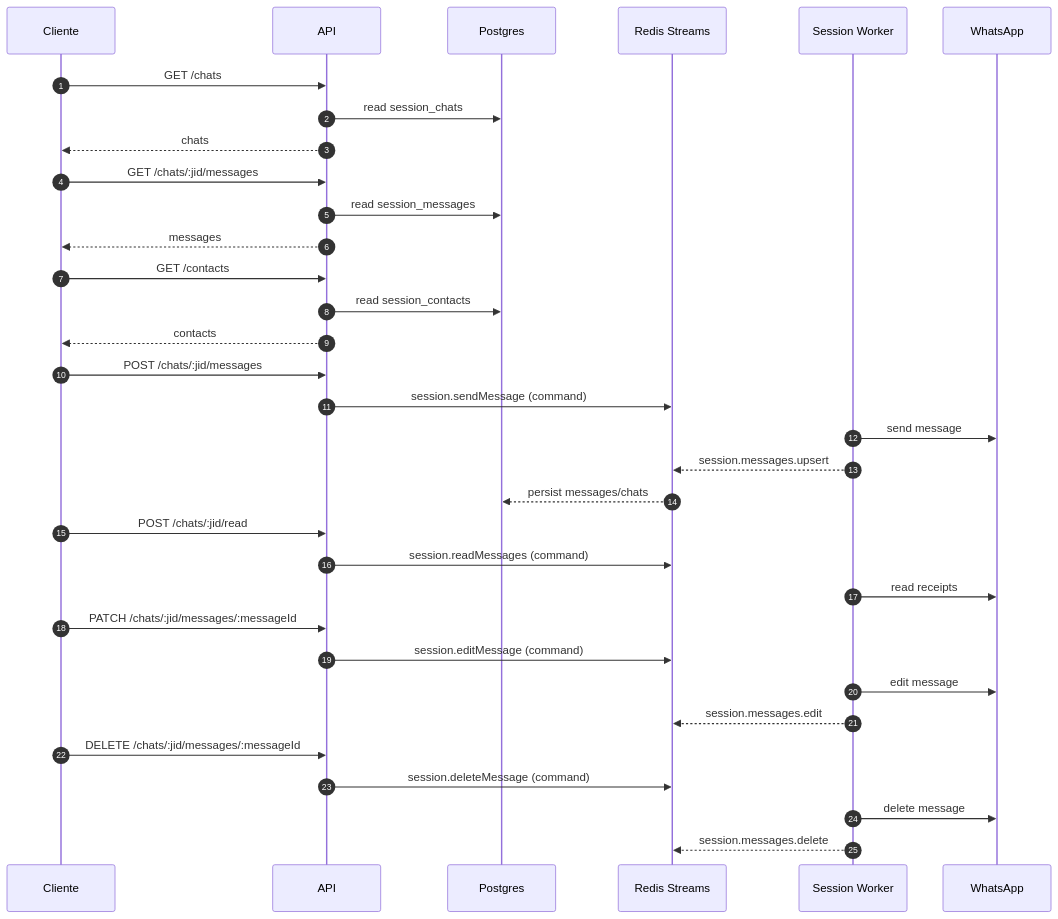
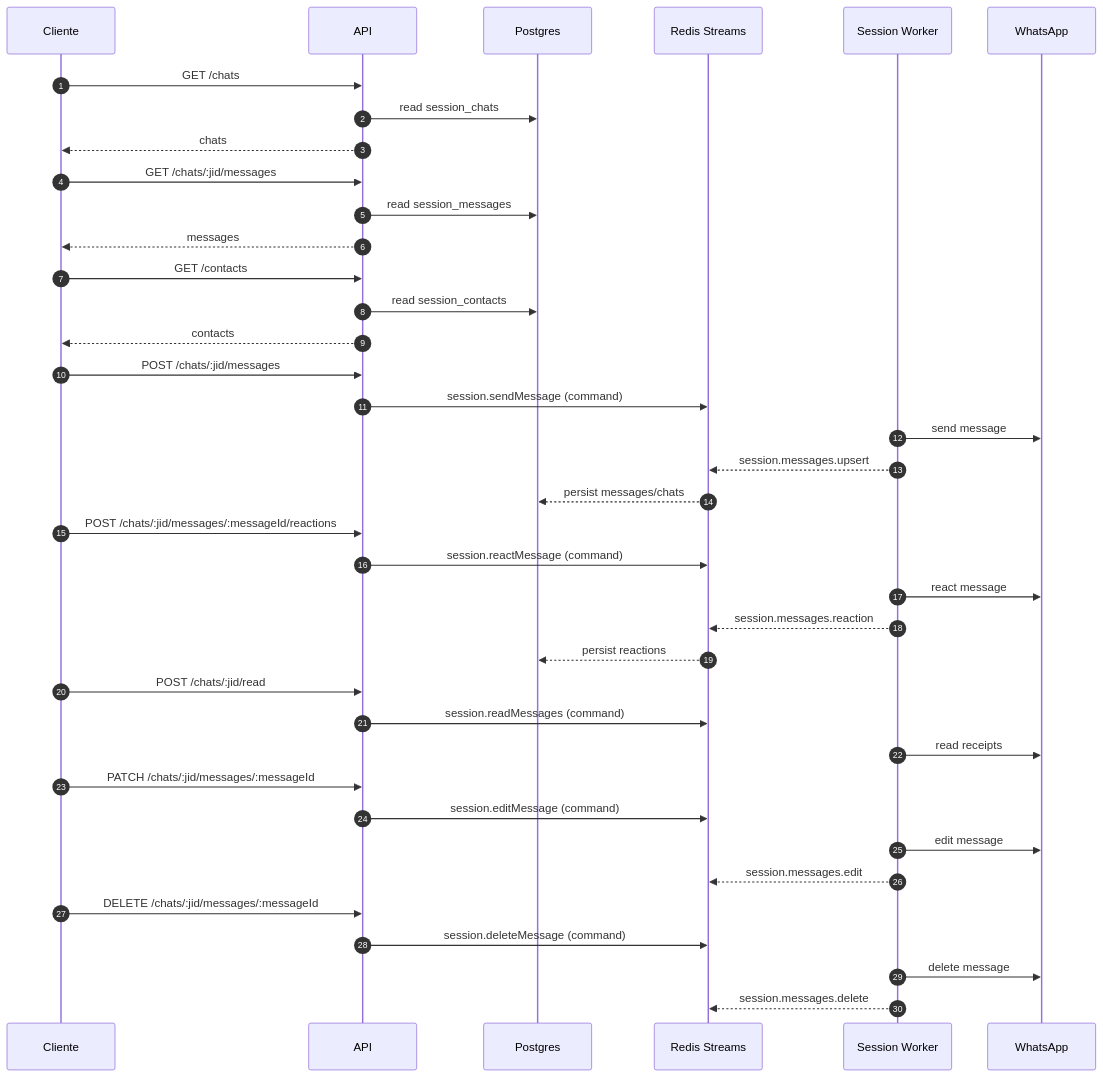
The fifth of 5 diagrams in docs/flow.md (werpoz/anna), drawn with Mermaid before and after one commit. The commit also changed other lines of this file and 31 other files, not shown here.

First line of the commit message:
feat: add message reactions functionality

````diff
--- a/docs/flow.md
+++ b/docs/flow.md
@@ -458,42 +527,48 @@
 ```mermaid
 sequenceDiagram
   autonumber
   participant Client as Cliente
   participant API as API
   participant DB as Postgres
   participant Redis as Redis Streams
   participant Worker as Session Worker
   participant WA as WhatsApp
 
   Client->>API: GET /chats
   API->>DB: read session_chats
   API-->>Client: chats
 
   Client->>API: GET /chats/:jid/messages
   API->>DB: read session_messages
   API-->>Client: messages
 
   Client->>API: GET /contacts
   API->>DB: read session_contacts
   API-->>Client: contacts
 
   Client->>API: POST /chats/:jid/messages
   API->>Redis: session.sendMessage (command)
   Worker->>WA: send message
   Worker-->>Redis: session.messages.upsert
   Redis-->>DB: persist messages/chats
 
+  Client->>API: POST /chats/:jid/messages/:messageId/reactions
+  API->>Redis: session.reactMessage (command)
+  Worker->>WA: react message
+  Worker-->>Redis: session.messages.reaction
+  Redis-->>DB: persist reactions
+
   Client->>API: POST /chats/:jid/read
   API->>Redis: session.readMessages (command)
   Worker->>WA: read receipts
 
   Client->>API: PATCH /chats/:jid/messages/:messageId
   API->>Redis: session.editMessage (command)
   Worker->>WA: edit message
   Worker-->>Redis: session.messages.edit
 
   Client->>API: DELETE /chats/:jid/messages/:messageId
   API->>Redis: session.deleteMessage (command)
   Worker->>WA: delete message
   Worker-->>Redis: session.messages.delete
 ```
````
